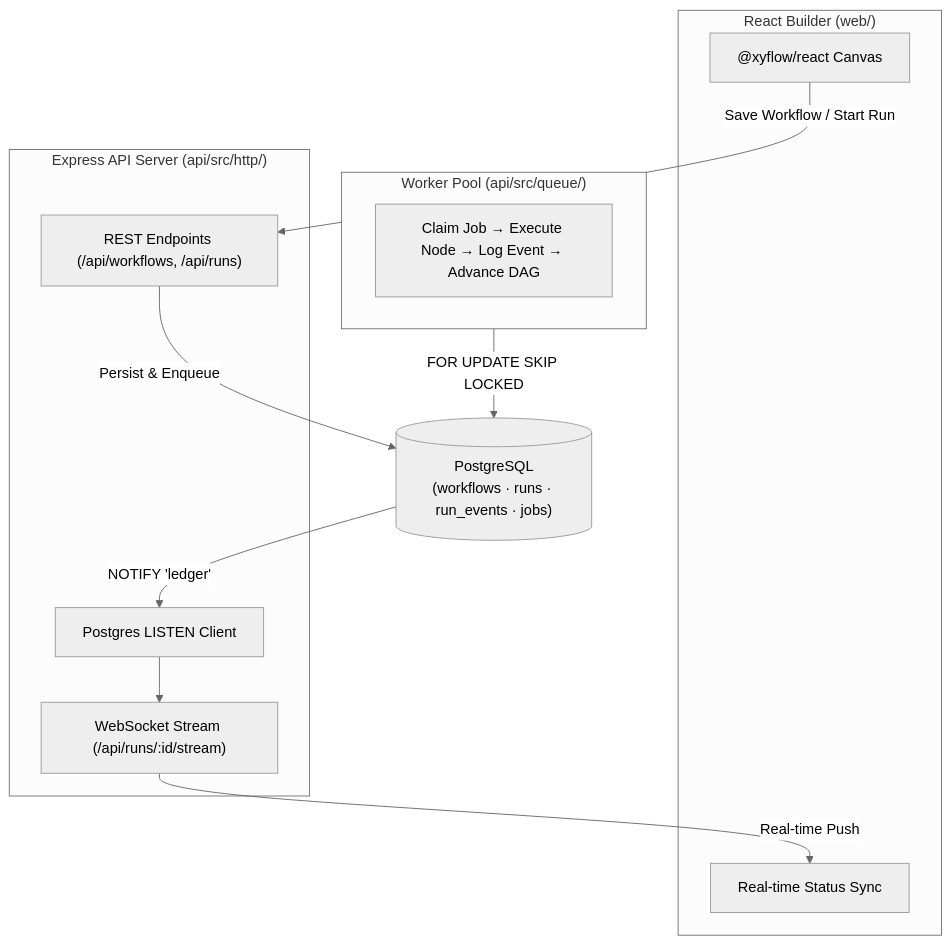
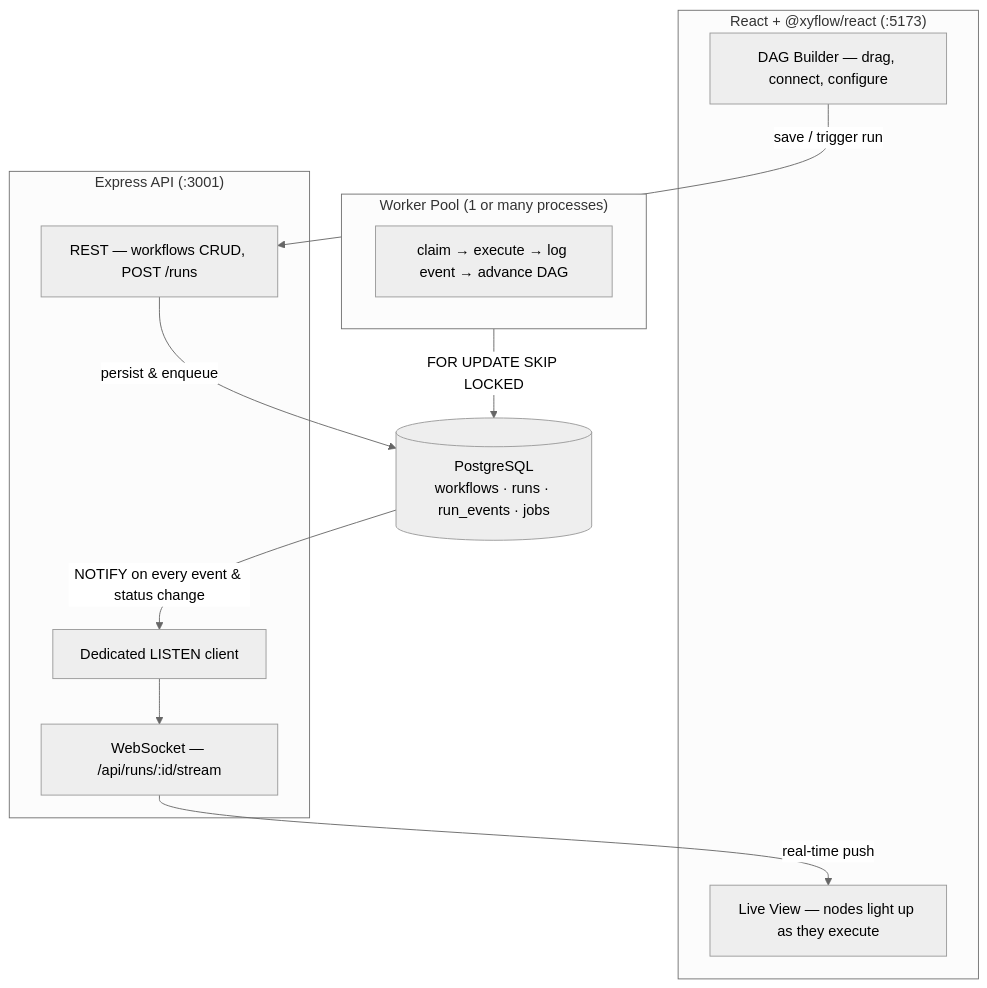
The diagram in README.md (manav363/Ledger), drawn with Mermaid (neutral theme) before and after one commit. The commit also changed other lines of this file, not shown here.

````diff
--- a/README.md
+++ b/README.md
@@ -36,26 +68,26 @@
 ```mermaid
 flowchart TB
-    subgraph Web["React Builder (web/)"]
-        Canvas["@xyflow/react Canvas"]
-        LiveView["Real-time Status Sync"]
+    subgraph Browser["React + @xyflow/react (:5173)"]
+        Builder["DAG Builder — drag, connect, configure"]
+        Live["Live View — nodes light up as they execute"]
     end
 
-    subgraph API["Express API Server (api/src/http/)"]
-        REST["REST Endpoints (/api/workflows, /api/runs)"]
-        WS["WebSocket Stream (/api/runs/:id/stream)"]
-        Listen["Postgres LISTEN Client"]
+    subgraph Server["Express API (:3001)"]
+        REST["REST — workflows CRUD, POST /runs"]
+        WS["WebSocket — /api/runs/:id/stream"]
+        LISTEN["Dedicated LISTEN client"]
     end
 
-    PG[("PostgreSQL\n(workflows · runs · run_events · jobs)")]
+    PG[("PostgreSQL\nworkflows · runs · run_events · jobs")]
 
-    subgraph Workers["Worker Pool (api/src/queue/)"]
-        Worker["Claim Job → Execute Node → Log Event → Advance DAG"]
+    subgraph Workers["Worker Pool (1 or many processes)"]
+        W["claim → execute → log event → advance DAG"]
     end
 
-    Canvas -->|Save Workflow / Start Run| REST
-    REST -->|Persist & Enqueue| PG
-    Workers -->|FOR UPDATE SKIP LOCKED| PG
-    PG -->|NOTIFY 'ledger'| Listen
-    Listen --> WS
-    WS -->|Real-time Push| LiveView
+    Builder -->|"save / trigger run"| REST
+    REST -->|"persist & enqueue"| PG
+    Workers -->|"FOR UPDATE SKIP LOCKED"| PG
+    PG -->|"NOTIFY on every event & status change"| LISTEN
+    LISTEN --> WS
+    WS -->|"real-time push"| Live
 ```
````
